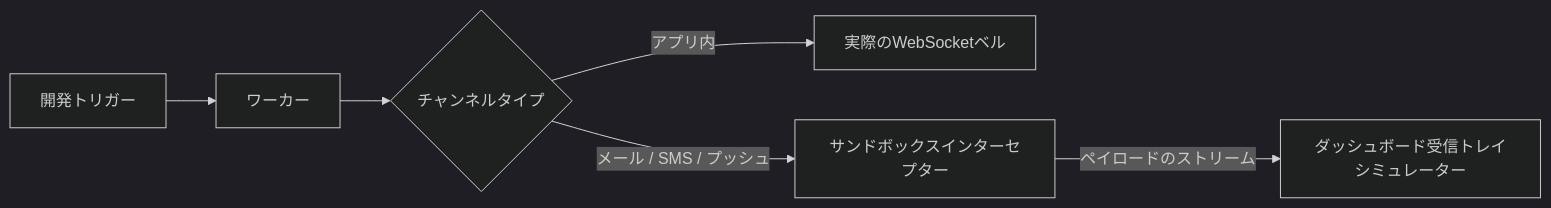
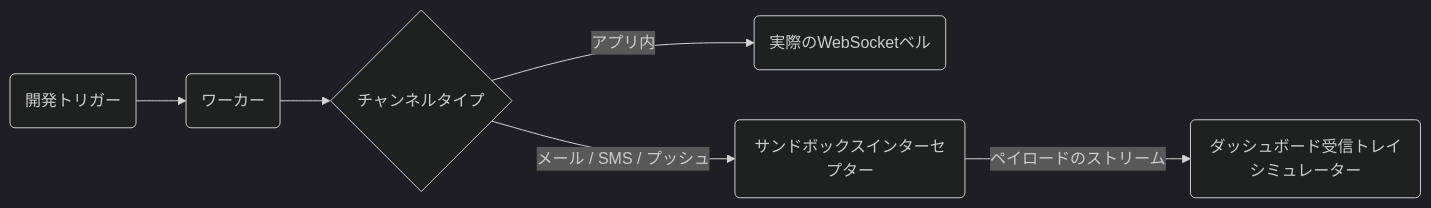
Before and after one commit to KriyanshKhunt/nexus_docs: the first of 2 diagrams in content/docs/ja/platform/getting-started/environments.mdx, drawn with Mermaid (dark theme). The commit also changed 25 other files, not shown here.

Commit message:
Handle en Mermaid charts

````diff
--- a/content/docs/ja/platform/getting-started/environments.mdx
+++ b/content/docs/ja/platform/getting-started/environments.mdx
@@ -32,8 +32,8 @@
 ```mermaid
 flowchart LR
-    Trigger[開発トリガー] --> Worker[ワーカー]
+    Trigger(開発トリガー) --> Worker(ワーカー)
     Worker --> Channel{チャンネルタイプ}
-    Channel -->|アプリ内| WebSocket[実際のWebSocketベル]
-    Channel -->|メール / SMS / プッシュ| Sandbox[サンドボックスインターセプター]
-    Sandbox -->|ペイロードのストリーム| UI[ダッシュボード受信トレイシミュレーター]
+    Channel -->|アプリ内| WebSocket(実際のWebSocketベル)
+    Channel -->|メール / SMS / プッシュ| Sandbox(サンドボックスインターセプター)
+    Sandbox -->|ペイロードのストリーム| UI(ダッシュボード受信トレイシミュレーター)
 ```
````
